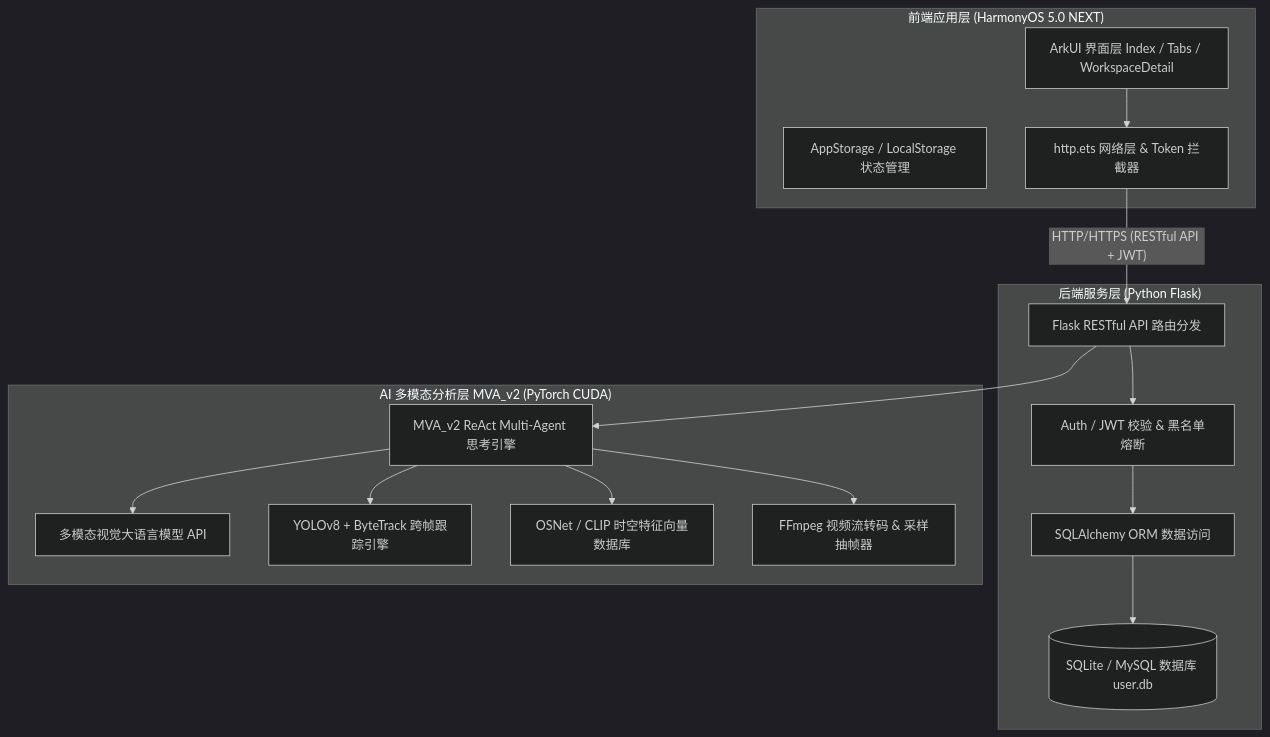
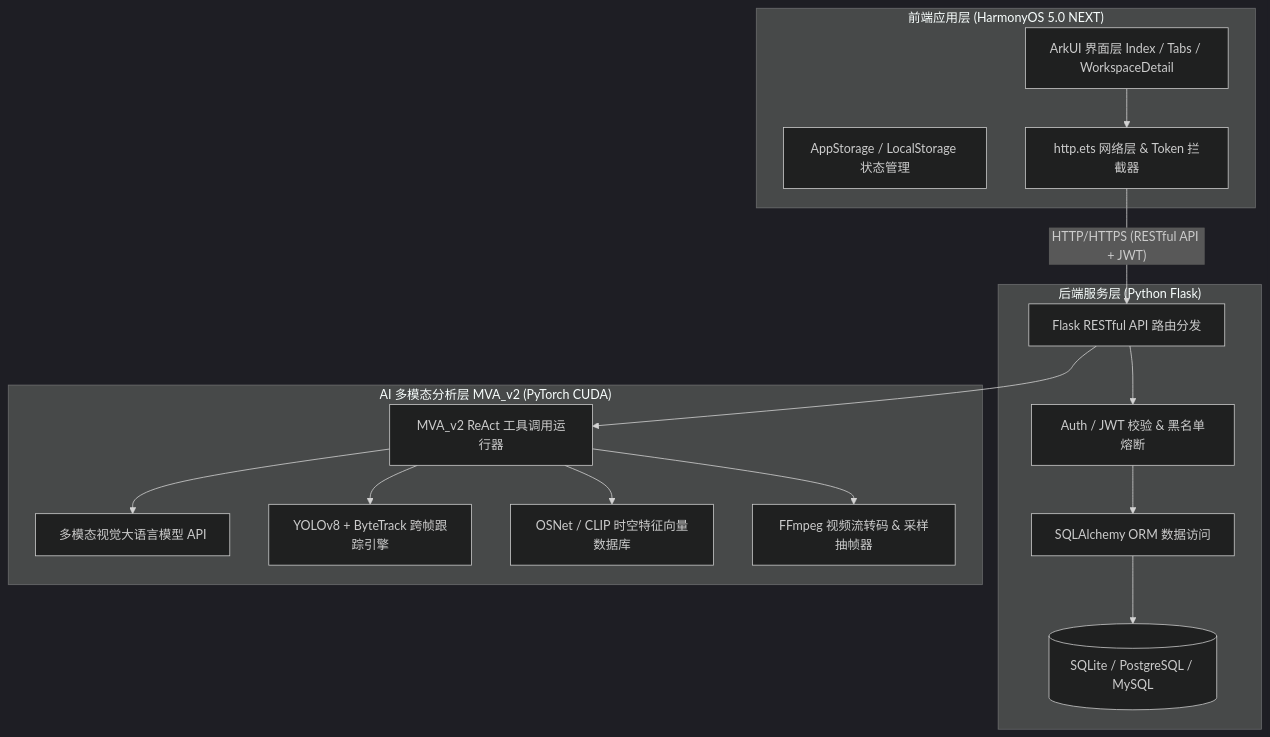
The first of 2 diagrams in docs/developer-guide/01-architecture-design.md (EmadowKy/pureyes-harmony), drawn with Mermaid (dark theme) before and after one commit. The commit also changed other lines of this file and 13 other files, not shown here.

````diff
--- a/docs/developer-guide/01-architecture-design.md
+++ b/docs/developer-guide/01-architecture-design.md
@@ -11,33 +11,33 @@
 ```mermaid
 graph TB
     subgraph "前端应用层 (HarmonyOS 5.0 NEXT)"
         UI[ArkUI 界面层 Index / Tabs / WorkspaceDetail]
         State[AppStorage / LocalStorage 状态管理]
         HTTPClient[http.ets 网络层 & Token 拦截器]
     end
 
     subgraph "后端服务层 (Python Flask)"
         API[Flask RESTful API 路由分发]
         Auth[Auth / JWT 校验 & 黑名单熔断]
         ORM[SQLAlchemy ORM 数据访问]
-        DB[(SQLite / MySQL 数据库 user.db)]
+        DB[(SQLite / PostgreSQL / MySQL)]
     end
 
     subgraph "AI 多模态分析层 MVA_v2 (PyTorch CUDA)"
-        MVA2[MVA_v2 ReAct Multi-Agent 思考引擎]
+        MVA2[MVA_v2 ReAct 工具调用运行器]
         LLM[多模态视觉大语言模型 API]
         YOLO[YOLOv8 + ByteTrack 跨帧跟踪引擎]
         VectorDB[OSNet / CLIP 时空特征向量数据库]
         FFmpeg[FFmpeg 视频流转码 & 采样抽帧器]
     end
 
     UI --> HTTPClient
     HTTPClient -- "HTTP/HTTPS (RESTful API + JWT)" --> API
     API --> Auth
     Auth --> ORM --> DB
     API --> MVA2
     MVA2 --> FFmpeg
     MVA2 --> YOLO
     MVA2 --> VectorDB
     MVA2 --> LLM
 ```
````
